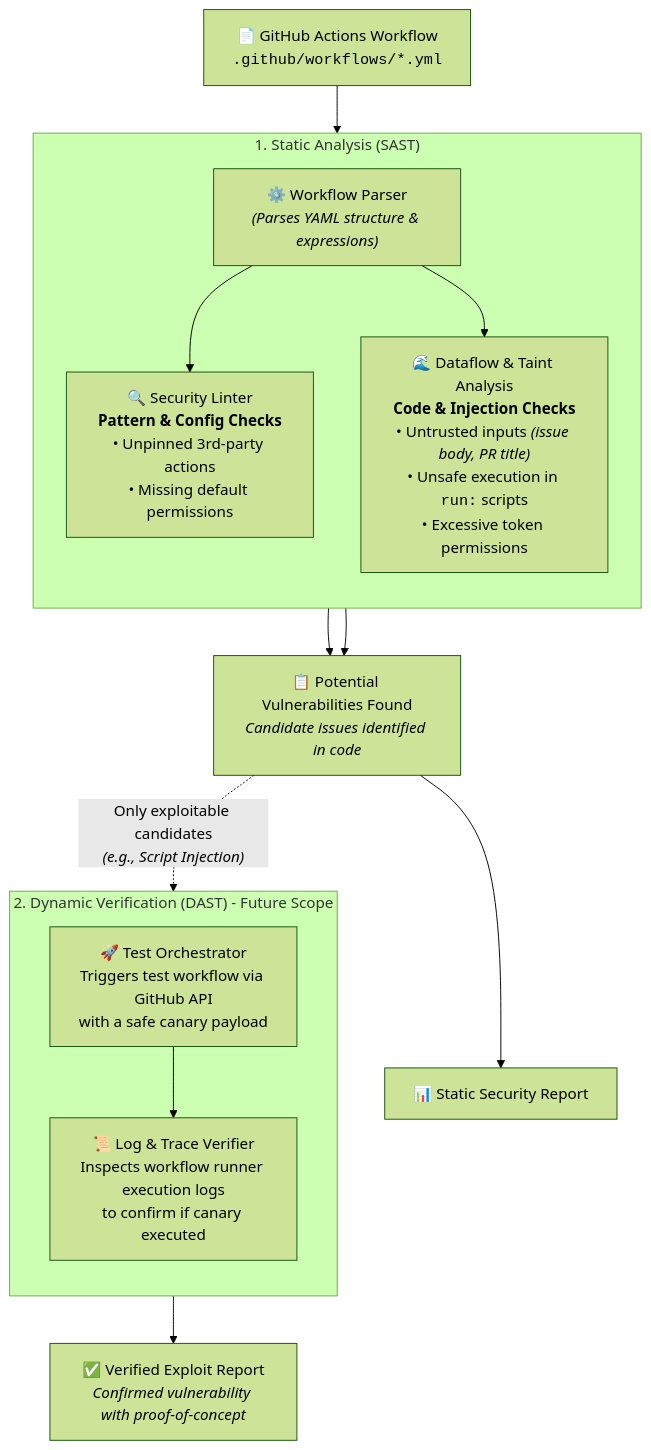
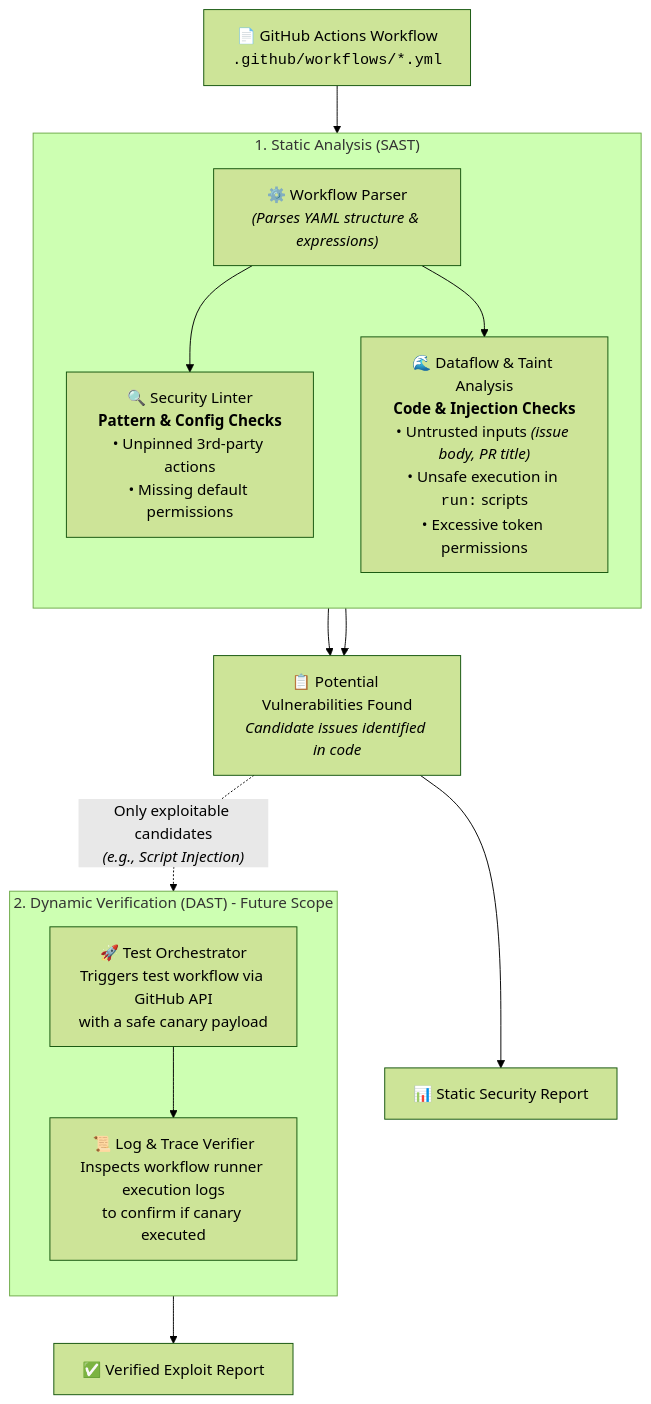
Before and after one commit to chinmaypant21/actionlens: the diagram in docs/architecture.md, drawn with Mermaid (forest theme). The commit also changed 1 other file, not shown here.

Commit message:
Readme update

````diff
--- a/docs/architecture.md
+++ b/docs/architecture.md
@@ -9,28 +9,28 @@
 ```mermaid
 flowchart TD
     %% Input
     Input["📄 GitHub Actions Workflow<br/><code>.github/workflows/*.yml</code>"] --> Parser["⚙️ Workflow Parser<br/><i>(Parses YAML structure & expressions)</i>"]
 
     %% Stage 1: SAST
     subgraph SAST["1. Static Analysis (SAST)"]
         direction TB
         Parser --> Lint["🔍 Security Linter<br/><b>Pattern & Config Checks</b><br/>• Unpinned 3rd-party actions<br/>• Missing default permissions"]
         Parser --> Dataflow["🌊 Dataflow & Taint Analysis<br/><b>Code & Injection Checks</b><br/>• Untrusted inputs <i>(issue body, PR title)</i><br/>• Unsafe execution in <code>run:</code> scripts<br/>• Excessive token permissions"]
     end
 
     %% Findings (Bridge between SAST and DAST)
     Lint --> Findings["📋 Potential Vulnerabilities Found<br/><i>Candidate issues identified in code</i>"]
     Dataflow --> Findings
 
     Findings --> StaticReport["📊 Static Security Report"]
 
     %% Stage 2: DAST
     subgraph DAST["2. Dynamic Verification (DAST) - Future Scope"]
         direction TB
         Trigger["🚀 Test Orchestrator<br/>Triggers test workflow via GitHub API<br/>with a safe canary payload"]
         Trigger --> Logs["📜 Log & Trace Verifier<br/>Inspects workflow runner execution logs<br/>to confirm if canary executed"]
     end
 
     Findings -. "Only exploitable candidates<br/><i>(e.g., Script Injection)</i>" .-> Trigger
-    Logs --> Verified["✅ Verified Exploit Report<br/><i>Confirmed vulnerability with proof-of-concept</i>"]
+    Logs --> Verified["✅ Verified Exploit Report"]
 ```
````
